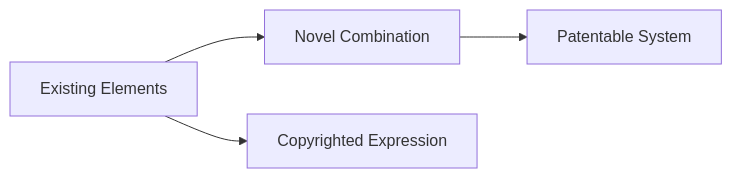
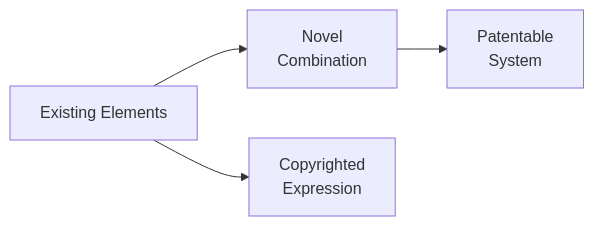
Before and after one commit to CarlosDebtBurner/RedeemingProtocol: the diagram in README.md, drawn with Mermaid.

````diff
--- a/README.md
+++ b/README.md
@@ -108,5 +108,6 @@
 ```mermaid
 graph LR
-  A[Existing Elements] --> B[Novel Combination] --> C[Patentable System]
-  A --> D[Copyrighted Expression]
+  A[Existing Elements] --> B[Novel<br>Combination]
+  B --> C[Patentable<br>System]
+  A --> D[Copyrighted<br>Expression]
 ```
````
